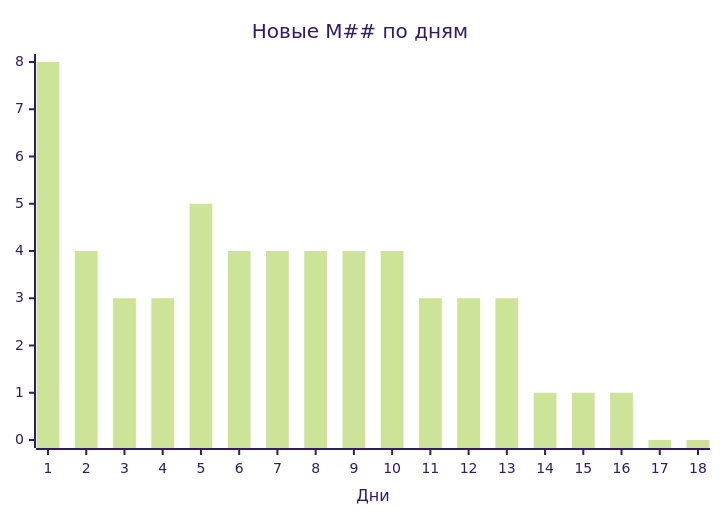
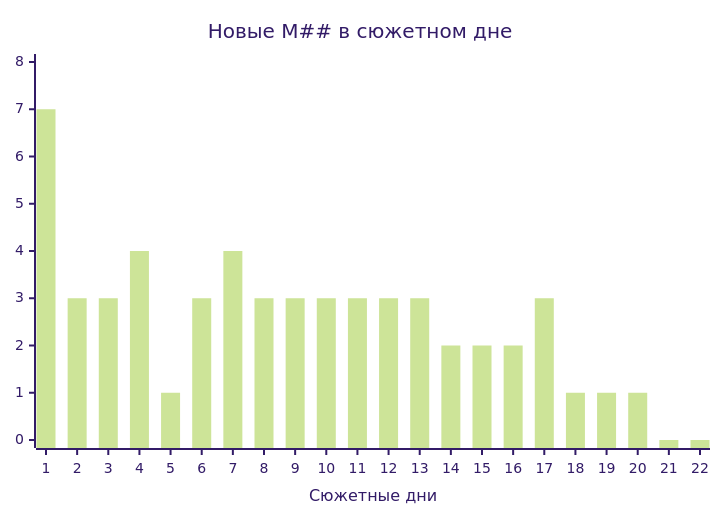
One commit to ExecBit/language-life-sim changed the third of 5 diagrams in implementations/story_rpg/docs/ACT_DAY_PROGRESSION_MAP.md. Above: the diagram before and after it, drawn with Mermaid (forest theme). The commit also changed other lines of this file, not shown here.

````diff
--- a/implementations/story_rpg/docs/ACT_DAY_PROGRESSION_MAP.md
+++ b/implementations/story_rpg/docs/ACT_DAY_PROGRESSION_MAP.md
@@ -74,7 +81,7 @@
 ```mermaid
 xychart-beta
-    title "Новые M## по дням"
-    x-axis "Дни" [1, 2, 3, 4, 5, 6, 7, 8, 9, 10, 11, 12, 13, 14, 15, 16, 17, 18]
+    title "Новые M## в сюжетном дне"
+    x-axis "Сюжетные дни" [1, 2, 3, 4, 5, 6, 7, 8, 9, 10, 11, 12, 13, 14, 15, 16, 17, 18, 19, 20, 21, 22]
     y-axis 0 --> 8
-    bar [8, 4, 3, 3, 5, 4, 4, 4, 4, 4, 3, 3, 3, 1, 1, 1, 0, 0]
+    bar [7, 3, 3, 4, 1, 3, 4, 3, 3, 3, 3, 3, 3, 2, 2, 2, 3, 1, 1, 1, 0, 0]
 ```
````
